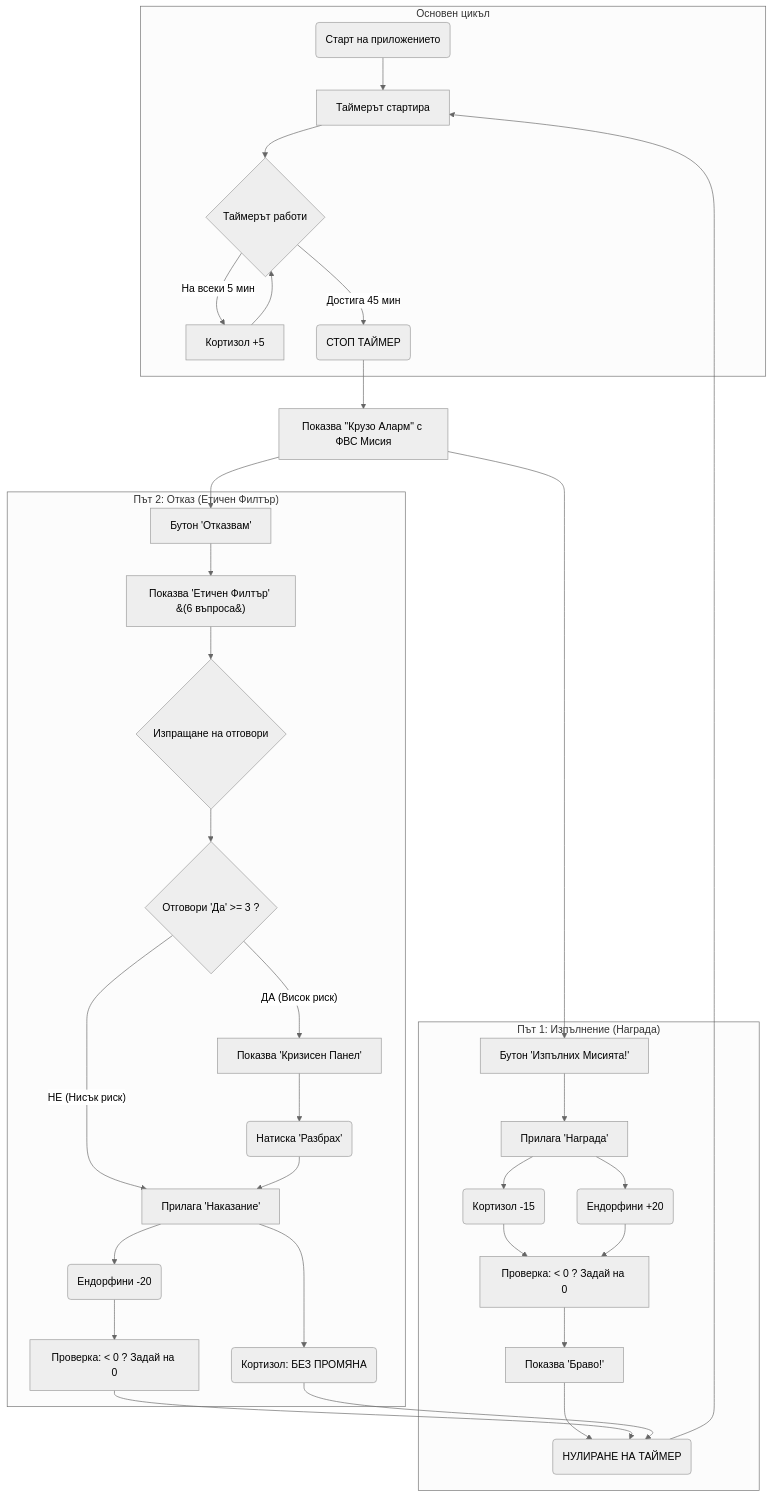
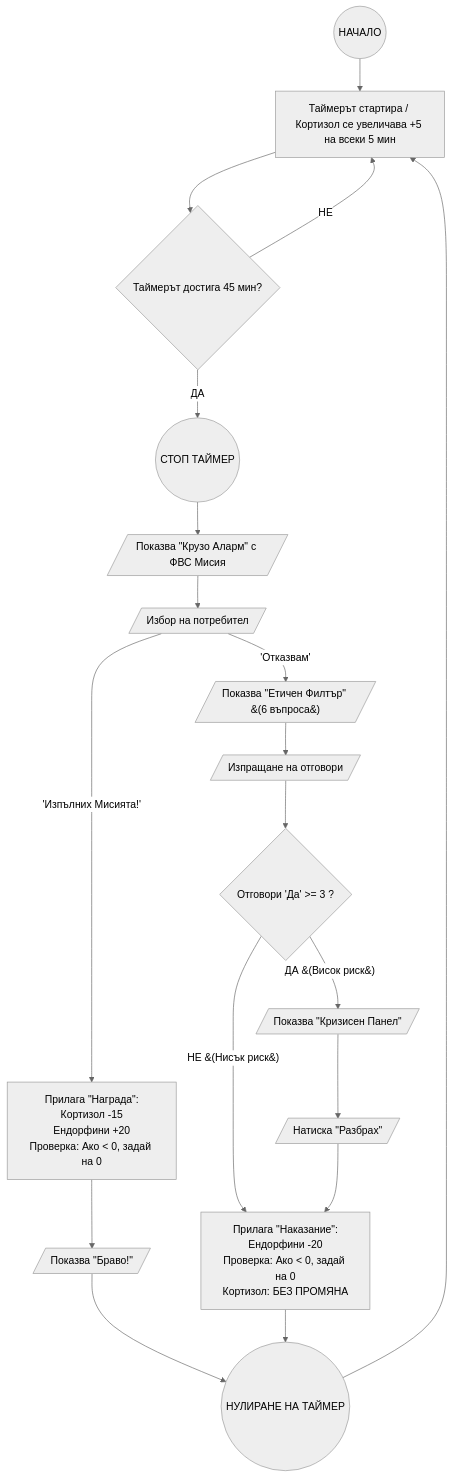
One commit to DiGeNik/Social-Compass changed the diagram in logic-flowchart.md. Above: the diagram before and after it, drawn with Mermaid (neutral theme).

````diff
--- a/logic-flowchart.md
+++ b/logic-flowchart.md
@@ -1,38 +1,21 @@
 ```mermaid
 graph TD
-    subgraph "Основен цикъл"
-        A(Старт на приложението) --> B[Таймерът стартира];
-        B --> C{Таймерът работи};
-        C -->|На всеки 5 мин| D[Кортизол +5];
-        D --> C;
-        C -->|Достига 45 мин| E(СТОП ТАЙМЕР);
-    end
-    E --> F[Показва &quot;Крузо Аларм&quot; с ФВС Мисия];
-    F --> G[Бутон &apos;Изпълних Мисията!&apos;];
-    F --> H[Бутон &apos;Отказвам&apos;];
-
-    subgraph "Път 1: Изпълнение (Награда)"
-        G --> I[Прилага &apos;Награда&apos;];
-        I --> I1(Кортизол -15);
-        I --> I2(Ендорфини +20);
-        I1 --> I3[Проверка: < 0 ? Задай на 0];
-        I2 --> I3;  
-        I3 --> I4[Показва &apos;Браво!&apos;];
-        I4 --> Z(НУЛИРАНЕ НА ТАЙМЕР);
-    end
-    subgraph "Път 2: Отказ (Етичен Филтър)"
-        H --> K[Показва &apos;Етичен Филтър&apos; &#40;6 въпроса&#41;];
-        K --> L{Изпращане на отговори};
-        L --> M{Отговори &apos;Да&apos; >= 3 ?};
-        M -- "НЕ (Нисък риск)" --> N[Прилага &apos;Наказание&apos;];
-        N --> N1(Ендорфини -20);
-        N --> N2(Кортизол: БЕЗ ПРОМЯНА);
-        N1 --> N3[Проверка: < 0 ? Задай на 0];
-        N3 --> Z;
-        N2 --> Z; 
-        M -- "ДА (Висок риск)" --> O[Показва &apos;Кризисен Панел&apos;];
-        O --> P(Натиска &apos;Разбрах&apos;);
-        P --> N;
-    end
+    A((НАЧАЛО)) --> B[Таймерът стартира / Кортизол се увеличава +5 на всеки 5 мин];
+    B --> C{Таймерът достига 45 мин?};
+    C -- "НЕ" --> B;
+    C -- "ДА" --> E((СТОП ТАЙМЕР));
+    E --> F[/Показва &quot;Крузо Аларм&quot; с ФВС Мисия/];
+    F --> G[/Избор на потребител/];
+    G -- "'Изпълних Мисията!'" --> H[Прилага &quot;Награда&quot;:<br>Кортизол -15<br>Ендорфини +20<br>Проверка: Ако < 0, задай на 0];
+    H --> I[/Показва &quot;Браво!&quot;/];
+    I --> Z((НУЛИРАНЕ НА ТАЙМЕР));
+    G -- "'Отказвам'" --> K[/Показва &quot;Етичен Филтър&quot; &#40;6 въпроса&#41;/];
+    K --> L[/Изпращане на отговори/];
+    L --> M{Отговори &apos;Да&apos; >= 3 ?};
+    M -- "НЕ &#40;Нисък риск&#41;" --> N[Прилага &quot;Наказание&quot;:<br>Ендорфини -20<br>Проверка: Ако < 0, задай на 0<br>Кортизол: БЕЗ ПРОМЯНА];
+    N --> Z;
+    M -- "ДА &#40;Висок риск&#41;" --> O[/Показва &quot;Кризисен Панел&quot;/];
+    O --> P[/Натиска &quot;Разбрах&quot;/];
+    P --> N;
     Z --> B;
 ```
````
